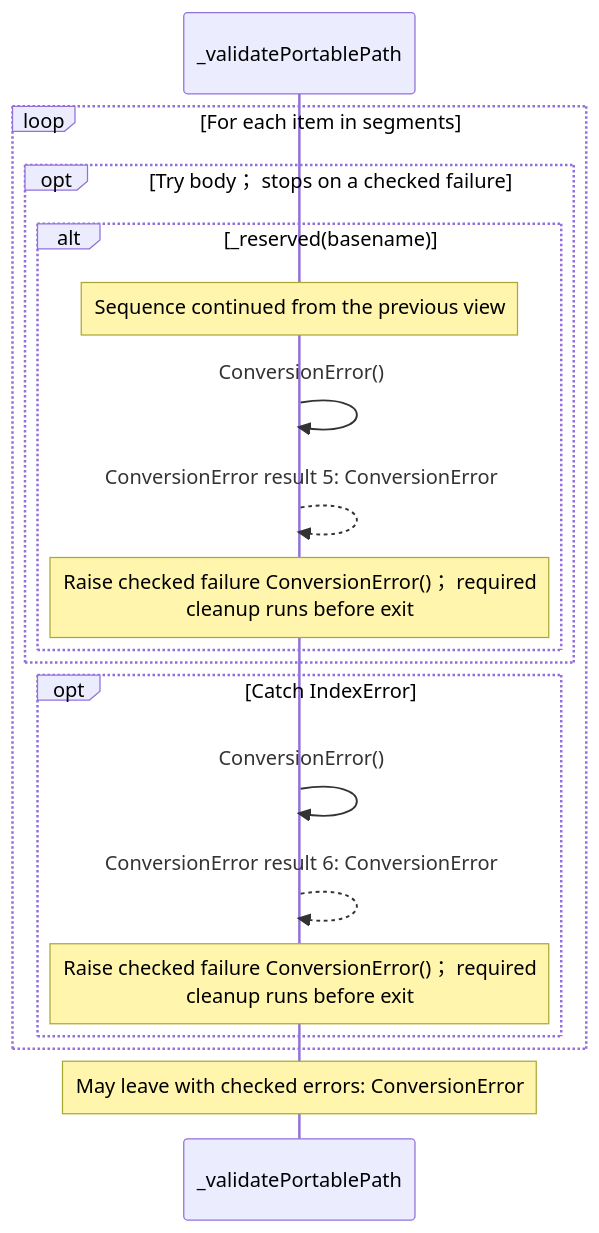
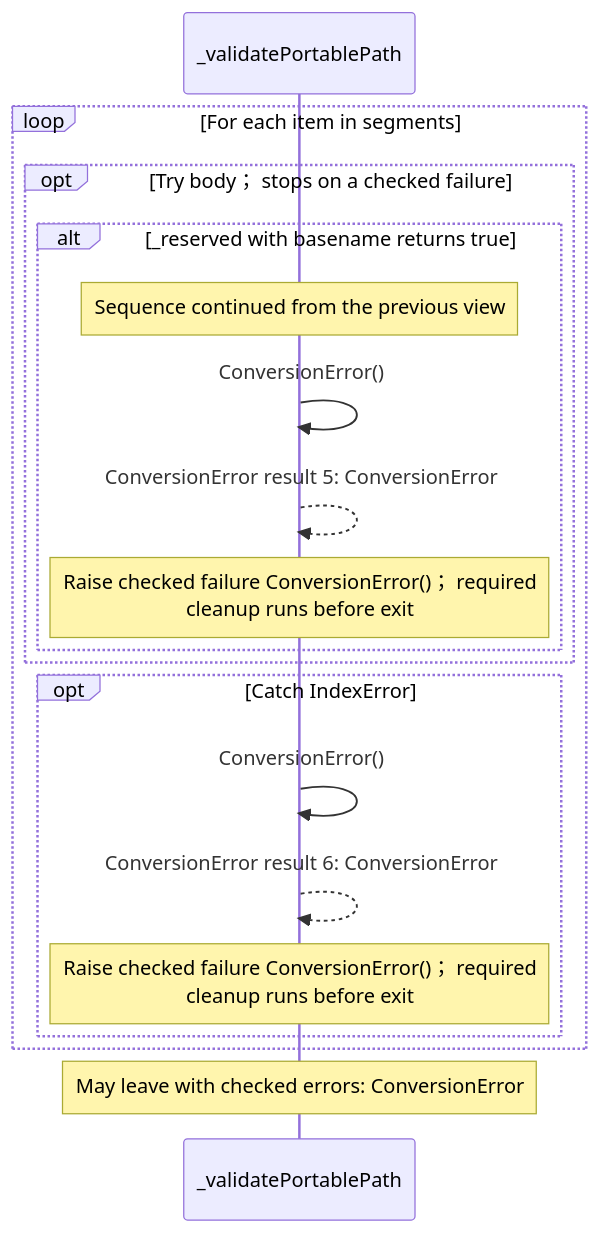
The seventh of 7 diagrams in src/stdlib/values/paths.aug.diagrams.md (GreenPandaStudios/augscript), drawn with Mermaid before and after one commit. The commit also changed other lines of this file and 658 other files, not shown here.

````diff
--- a/src/stdlib/values/paths.aug.diagrams.md
+++ b/src/stdlib/values/paths.aug.diagrams.md
@@ -177,21 +206,21 @@
 ```mermaid
 sequenceDiagram
     participant p0 as _validatePortablePath
 
     loop For each item in segments
     opt Try body； stops on a checked failure
-    alt _reserved(basename)
+    alt _reserved with basename returns true
     Note over p0: Sequence continued from the previous view
     p0->>p0: ConversionError()
     p0-->>p0: ConversionError result 5: ConversionError
     Note over p0: Raise checked failure ConversionError()； required<br/>cleanup runs before exit
     end
     end
     opt Catch IndexError
     p0->>p0: ConversionError()
     p0-->>p0: ConversionError result 6: ConversionError
     Note over p0: Raise checked failure ConversionError()； required<br/>cleanup runs before exit
     end
     end
     Note over p0: May leave with checked errors: ConversionError
 ```
````
